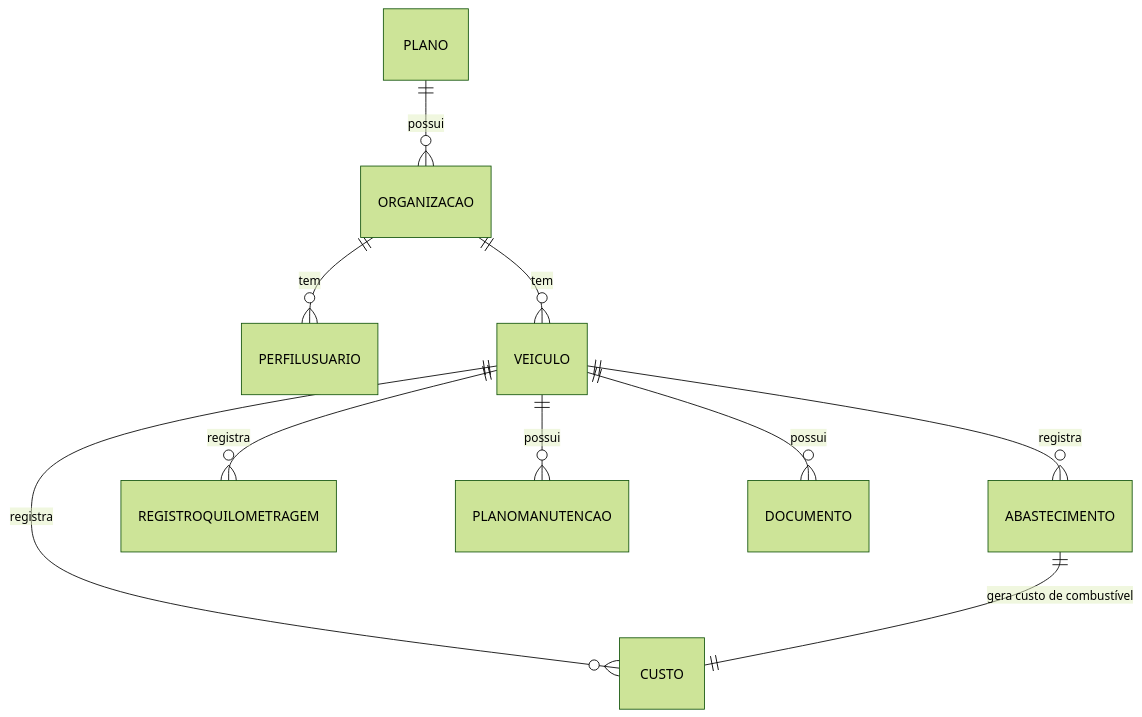
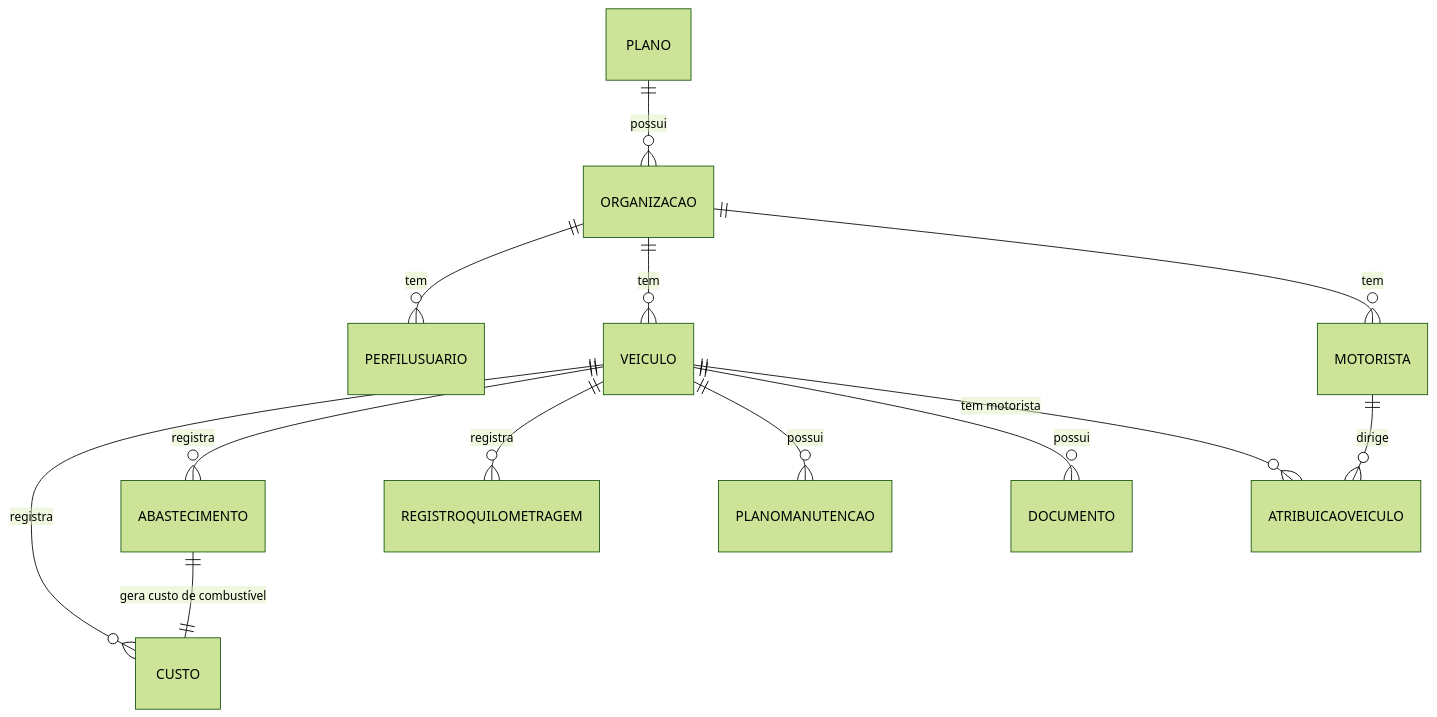
One commit to willCastilho/Frotas changed the third of 3 diagrams in docs/DOCUMENTACAO.md. Above: the diagram before and after it, drawn with Mermaid (forest theme). The commit also changed other lines of this file, not shown here.

````diff
--- a/docs/DOCUMENTACAO.md
+++ b/docs/DOCUMENTACAO.md
@@ -76,12 +82,15 @@
 ```mermaid
 erDiagram
     PLANO ||--o{ ORGANIZACAO : possui
     ORGANIZACAO ||--o{ PERFILUSUARIO : tem
     ORGANIZACAO ||--o{ VEICULO : tem
+    ORGANIZACAO ||--o{ MOTORISTA : tem
     VEICULO ||--o{ CUSTO : registra
     VEICULO ||--o{ ABASTECIMENTO : registra
     VEICULO ||--o{ REGISTROQUILOMETRAGEM : registra
     VEICULO ||--o{ PLANOMANUTENCAO : possui
     VEICULO ||--o{ DOCUMENTO : possui
+    VEICULO ||--o{ ATRIBUICAOVEICULO : "tem motorista"
+    MOTORISTA ||--o{ ATRIBUICAOVEICULO : "dirige"
     ABASTECIMENTO ||--|| CUSTO : "gera custo de combustível"
 ```
````
